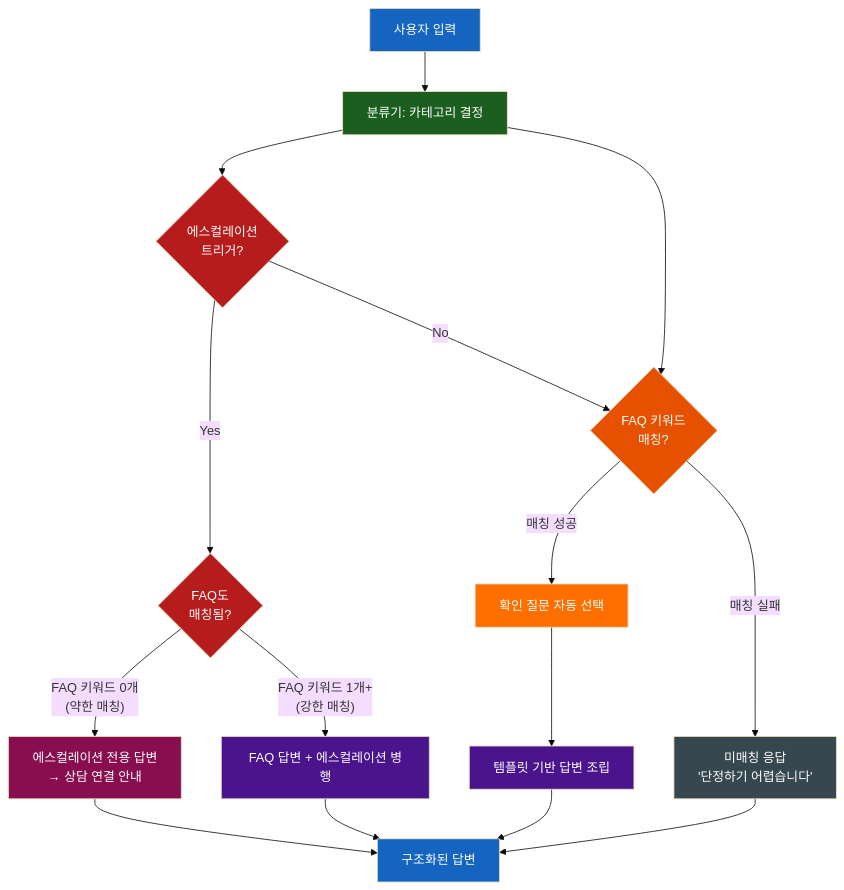
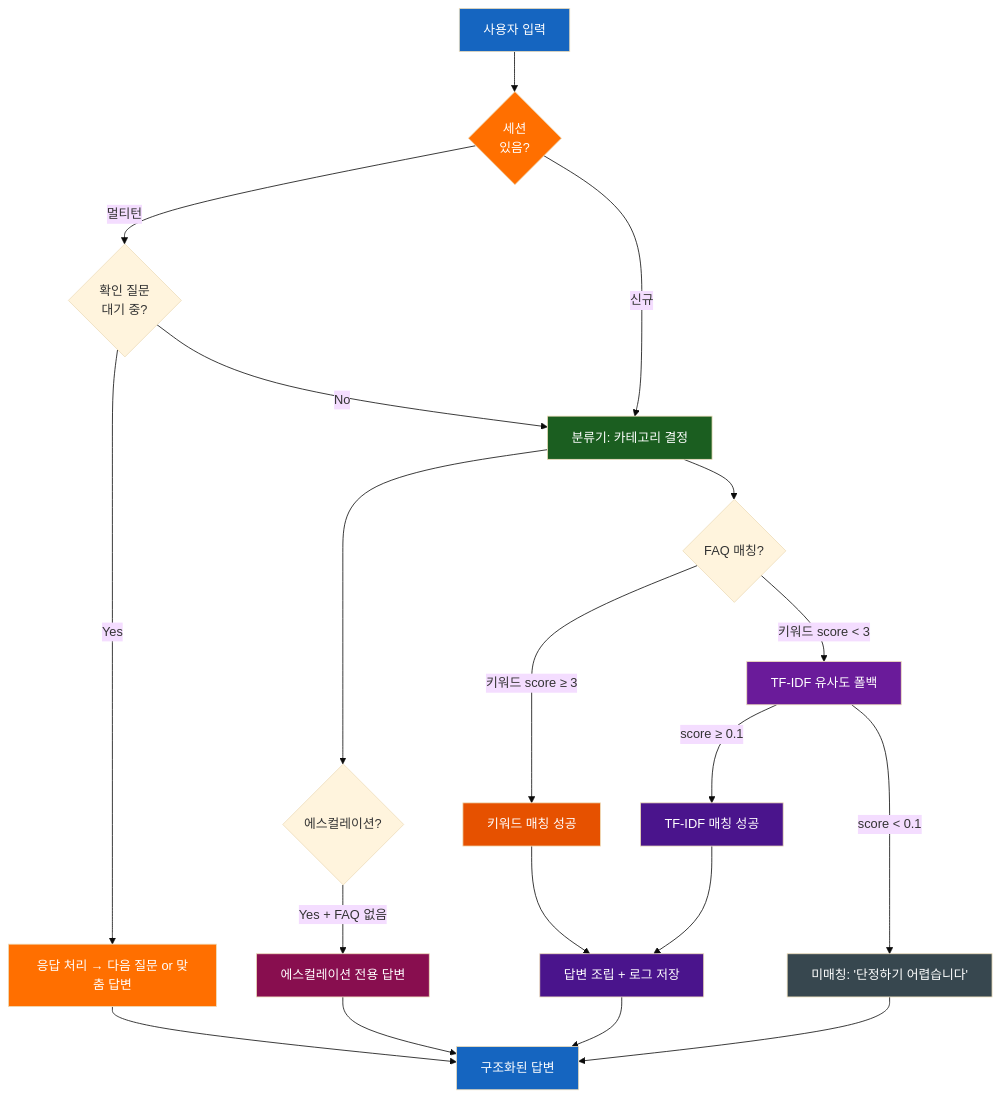
The second of 6 diagrams in README.md (sun475300-sudo/bosebot), drawn with Mermaid (base theme) before and after one commit. The commit also changed other lines of this file, not shown here.

First line of the commit message:
docs: README 최신화 - FAQ 50개, 멀티턴, TF-IDF, Docker, 관리자 대시보드 반영

````diff
--- a/README.md
+++ b/README.md
@@ -30,33 +50,36 @@
 ```mermaid
 flowchart TD
-    START["사용자 입력"] --> CLASSIFY["분류기: 카테고리 결정"]
-    CLASSIFY --> ESC{"에스컬레이션<br/>트리거?"}
-    CLASSIFY --> FAQ{"FAQ 키워드<br/>매칭?"}
+    START["사용자 입력"] --> SESSION{"세션<br/>있음?"}
+    SESSION -->|"멀티턴"| PENDING{"확인 질문<br/>대기 중?"}
+    SESSION -->|"신규"| CLASSIFY["분류기: 카테고리 결정"]
+    PENDING -->|Yes| CONFIRM_RESP["응답 처리 → 다음 질문 or 맞춤 답변"]
+    PENDING -->|No| CLASSIFY
 
-    ESC -->|Yes| ESC_CHECK{"FAQ도<br/>매칭됨?"}
-    ESC -->|No| FAQ
+    CLASSIFY --> ESC{"에스컬레이션?"}
+    CLASSIFY --> FAQ{"FAQ 매칭?"}
 
-    ESC_CHECK -->|"FAQ 키워드 0개<br/>(약한 매칭)"| ESC_ONLY["에스컬레이션 전용 답변<br/>→ 상담 연결 안내"]
-    ESC_CHECK -->|"FAQ 키워드 1개+<br/>(강한 매칭)"| FAQ_ESC["FAQ 답변 + 에스컬레이션 병행"]
+    ESC -->|Yes + FAQ 없음| ESC_ONLY["에스컬레이션 전용 답변"]
+    FAQ -->|"키워드 score ≥ 3"| KEYWORD["키워드 매칭 성공"]
+    FAQ -->|"키워드 score < 3"| TFIDF["TF-IDF 유사도 폴백"]
+    TFIDF -->|"score ≥ 0.1"| TFIDF_OK["TF-IDF 매칭 성공"]
+    TFIDF -->|"score < 0.1"| UNKNOWN["미매칭: '단정하기 어렵습니다'"]
 
-    FAQ -->|매칭 성공| CONFIRM["확인 질문 자동 선택"]
-    FAQ -->|매칭 실패| UNKNOWN["미매칭 응답<br/>'단정하기 어렵습니다'"]
-
-    CONFIRM --> BUILD["템플릿 기반 답변 조립"]
+    KEYWORD --> BUILD["답변 조립 + 로그 저장"]
+    TFIDF_OK --> BUILD
+    CONFIRM_RESP --> OUTPUT
     BUILD --> OUTPUT["구조화된 답변"]
-    FAQ_ESC --> OUTPUT
     ESC_ONLY --> OUTPUT
     UNKNOWN --> OUTPUT
 
     style START fill:#1565C0,color:#fff
+    style SESSION fill:#FF6F00,color:#fff
     style CLASSIFY fill:#1B5E20,color:#fff
-    style ESC fill:#B71C1C,color:#fff
-    style FAQ fill:#E65100,color:#fff
-    style ESC_ONLY fill:#880E4F,color:#fff
-    style FAQ_ESC fill:#4A148C,color:#fff
+    style TFIDF fill:#6A1B9A,color:#fff
+    style TFIDF_OK fill:#4A148C,color:#fff
+    style KEYWORD fill:#E65100,color:#fff
     style UNKNOWN fill:#37474F,color:#fff
     style OUTPUT fill:#1565C0,color:#fff
     style BUILD fill:#4A148C,color:#fff
-    style CONFIRM fill:#FF6F00,color:#fff
-    style ESC_CHECK fill:#B71C1C,color:#fff
+    style ESC_ONLY fill:#880E4F,color:#fff
+    style CONFIRM_RESP fill:#FF6F00,color:#fff
 ```
````
